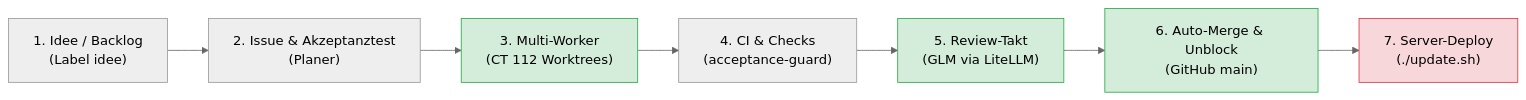
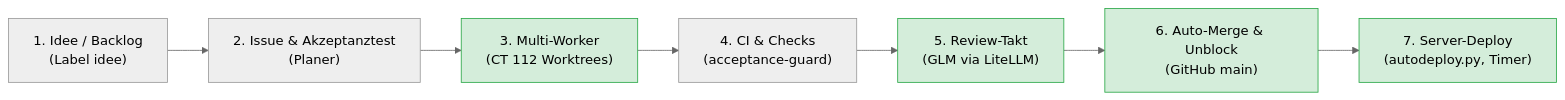
One commit to tripitest-art/agent-sandbox-infra changed the diagram in ROADMAP.md. Above: the diagram before and after it, drawn with Mermaid (neutral theme). The commit also changed other lines of this file and 3 other files, not shown here.

````diff
--- a/ROADMAP.md
+++ b/ROADMAP.md
@@ -9,14 +9,14 @@
 ```mermaid
 flowchart LR
     A["1. Idee / Backlog<br>(Label idee)"] --> B["2. Issue & Akzeptanztest<br>(Planer)"]
     B --> C["3. Multi-Worker<br>(CT 112 Worktrees)"]
     C --> D["4. CI & Checks<br>(acceptance-guard)"]
     D --> E["5. Review-Takt<br>(GLM via LiteLLM)"]
     E --> F["6. Auto-Merge & Unblock<br>(GitHub main)"]
-    F --> G["7. Server-Deploy<br>(./update.sh)"]
+    F --> G["7. Server-Deploy<br>(autodeploy.py, Timer)"]
 
     style C fill:#d4edda,stroke:#28a745
     style E fill:#d4edda,stroke:#28a745
     style F fill:#d4edda,stroke:#28a745
-    style G fill:#f8d7da,stroke:#dc3545
+    style G fill:#d4edda,stroke:#28a745
 ```
````
